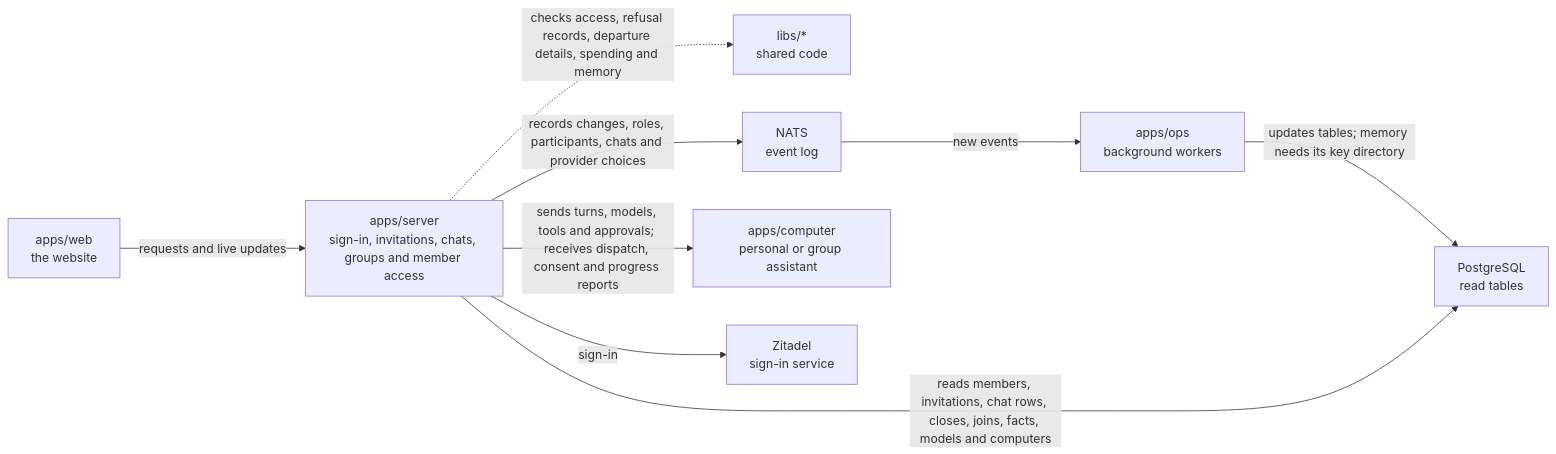
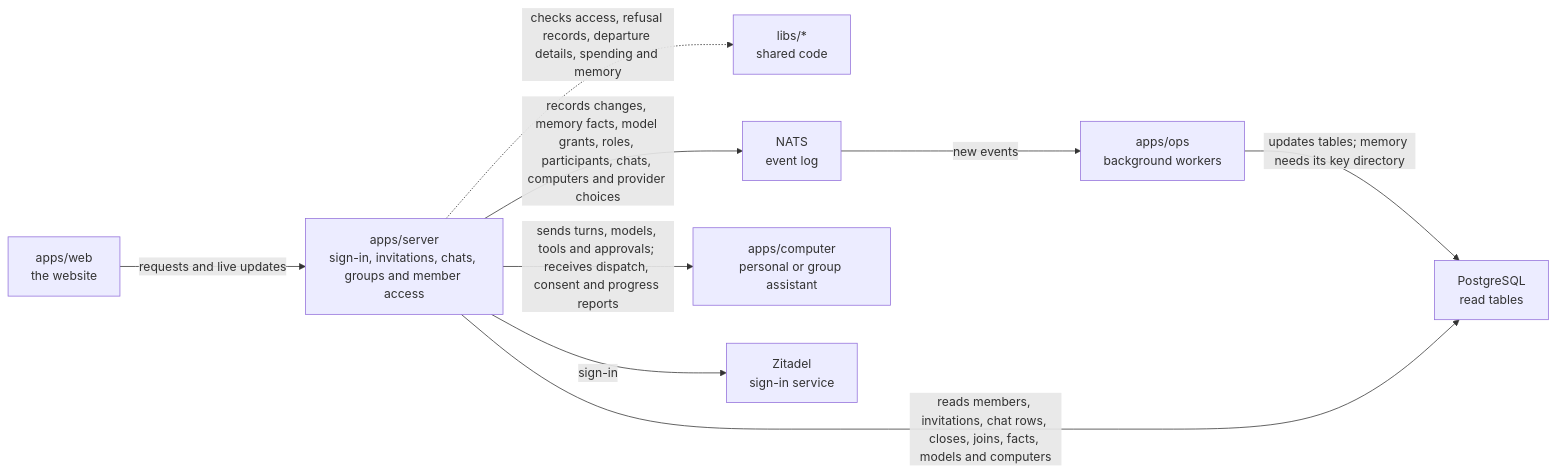
One commit to elewa-git/opencrane-new changed the diagram in apps/server/README.md. Above: the diagram before and after it, drawn with Mermaid. The commit also changed other lines of this file and 16 other files, not shown here.

````diff
--- a/apps/server/README.md
+++ b/apps/server/README.md
@@ -11,11 +11,11 @@
 ```mermaid
 flowchart LR
   web["apps/web<br/>the website"] -->|requests and live updates| server["apps/server<br/>sign-in, invitations, chats, groups and member access"]
   server -.->|checks access, refusal records, departure details, spending and memory| libs["libs/*<br/>shared code"]
-  server -->|records changes, roles, participants, chats and provider choices| nats["NATS<br/>event log"]
+  server -->|records changes, memory facts, model grants, roles, participants, chats, computers and provider choices| nats["NATS<br/>event log"]
   nats -->|new events| ops["apps/ops<br/>background workers"]
   ops -->|updates tables; memory needs its key directory| postgres["PostgreSQL<br/>read tables"]
   server -->|reads members, invitations, chat rows, closes, joins, facts, models and computers| postgres
   server -->|sends turns, models, tools and approvals; receives dispatch, consent and progress reports| computer["apps/computer<br/>personal or group assistant"]
   server -->|sign-in| zitadel["Zitadel<br/>sign-in service"]
 ```
````
